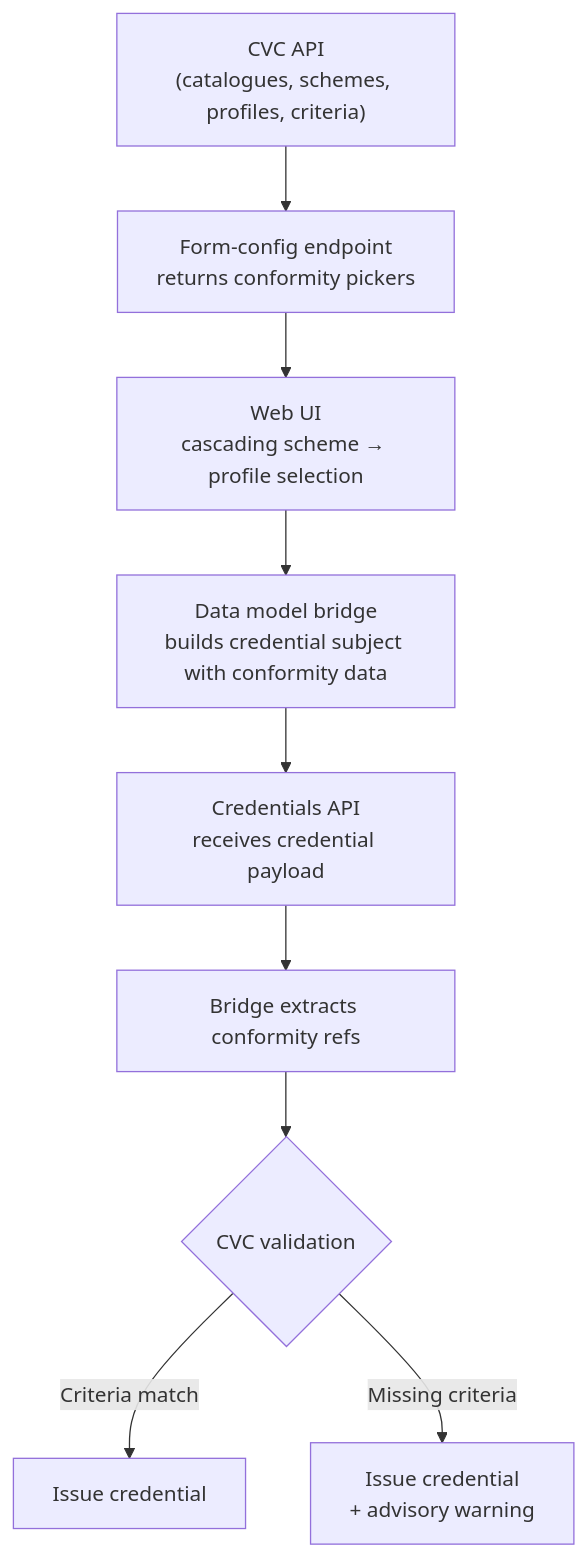
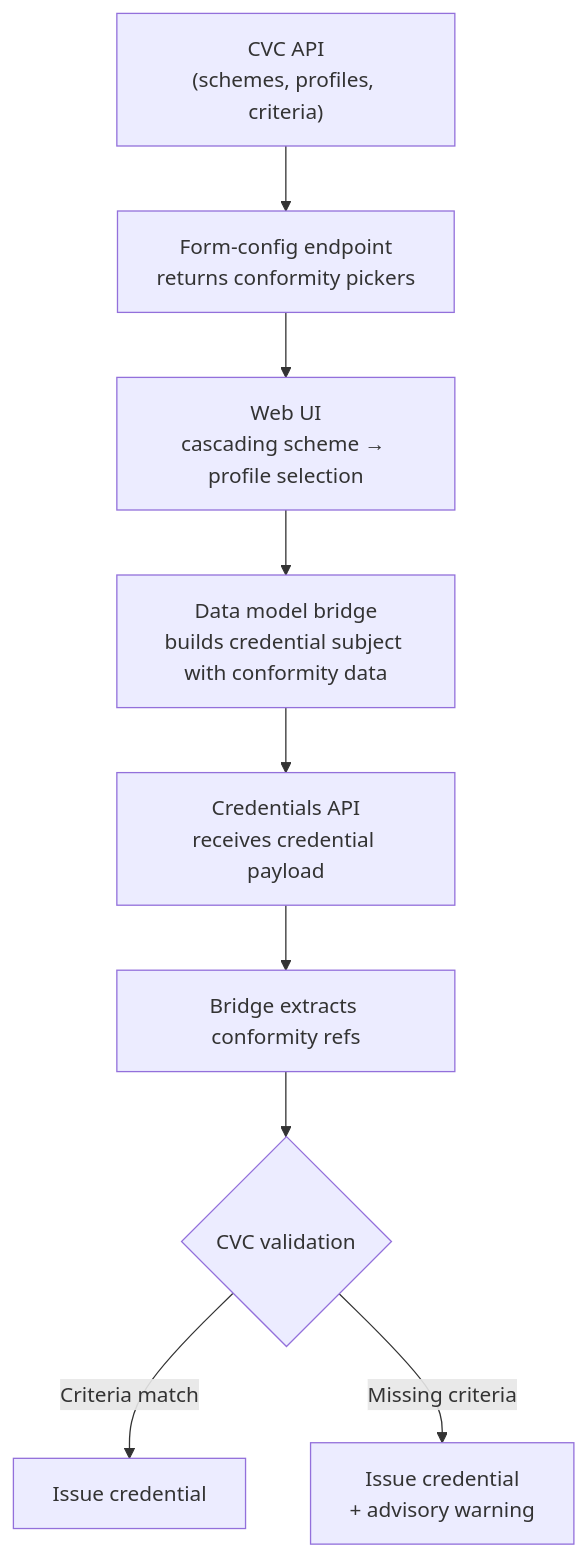
Before and after one commit to uncefact/tests-untp: the diagram in documentation/docs/reference-implementation/data-models/conformity-handling.md, drawn with Mermaid. The commit also changed other lines of this file and 6 other files, not shown here.

````diff
--- a/documentation/docs/reference-implementation/data-models/conformity-handling.md
+++ b/documentation/docs/reference-implementation/data-models/conformity-handling.md
@@ -54,11 +55,11 @@
 ```mermaid
 flowchart TD
-    CVC["CVC API\n(catalogues, schemes, profiles, criteria)"] --> FormConfig["Form-config endpoint\nreturns conformity pickers"]
+    CVC["CVC API\n(schemes, profiles, criteria)"] --> FormConfig["Form-config endpoint\nreturns conformity pickers"]
     FormConfig --> UI["Web UI\ncascading scheme → profile selection"]
     UI --> Bridge["Data model bridge\nbuilds credential subject with conformity data"]
     Bridge --> API["Credentials API\nreceives credential payload"]
     API --> Extract["Bridge extracts conformity refs"]
     Extract --> Validation{"CVC validation"}
     Validation -->|Criteria match| Issue["Issue credential"]
     Validation -->|Missing criteria| Warn["Issue credential\n+ advisory warning"]
 ```
````
